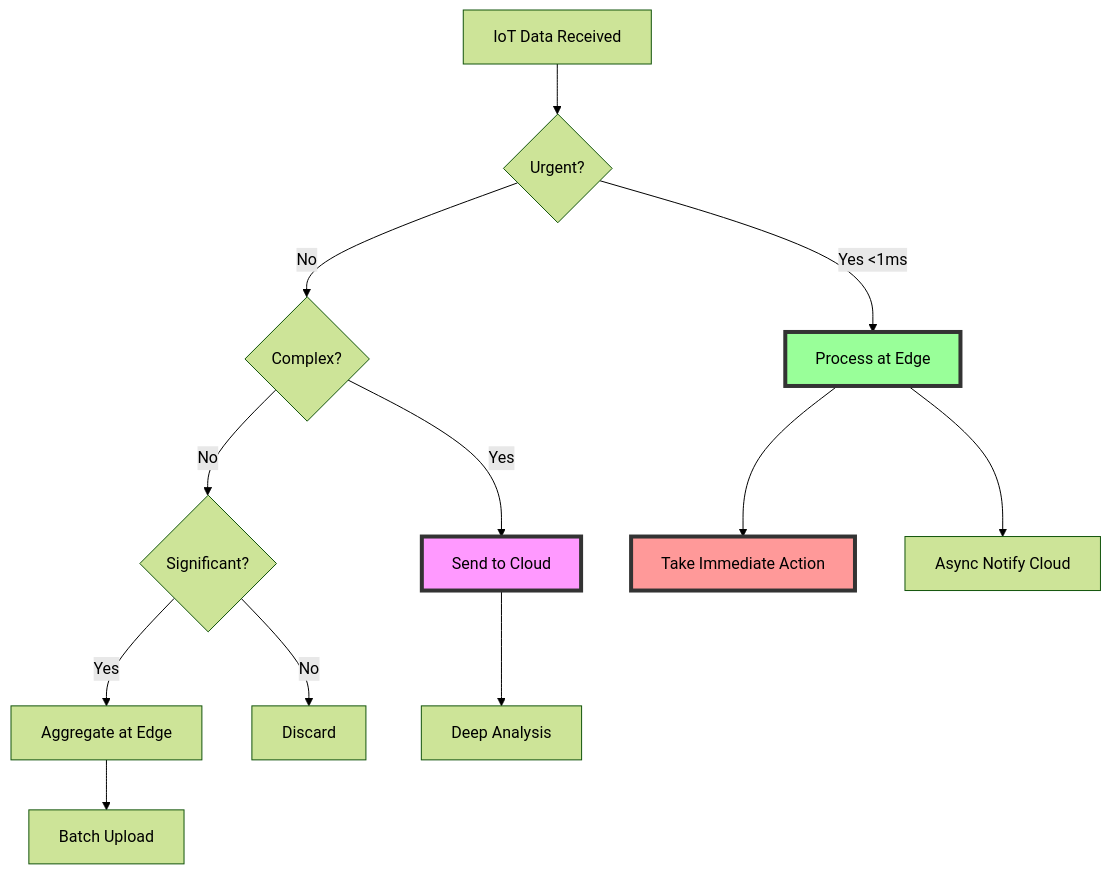
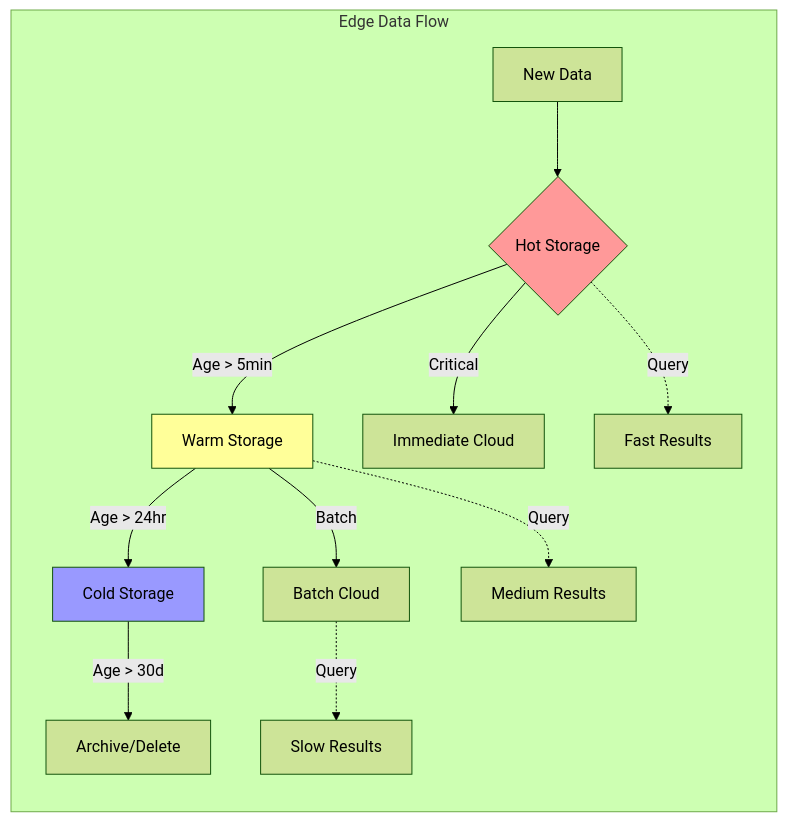
The seventh of 16 diagrams in docs/pattern-library/scaling/edge-computing.md (deepaucksharma/DStudio), drawn with Mermaid (forest theme) before and after one commit. The commit also changed other lines of this file and 12 other files, not shown here.

````diff
--- a/docs/pattern-library/scaling/edge-computing.md
+++ b/docs/pattern-library/scaling/edge-computing.md
@@ -236,24 +322,21 @@
 ```mermaid
-flowchart TD
-    Start[IoT Data Received] --> Urgent{Urgent?}
+graph LR
+    subgraph "Edge Data Flow"
+        New[New Data] --> Hot{Hot Storage}
+        Hot -->|Age > 5min| Warm[Warm Storage]
+        Hot -->|Critical| Cloud1[Immediate Cloud]
+        
+        Warm -->|Age > 24hr| Cold[Cold Storage]
+        Warm -->|Batch| Cloud2[Batch Cloud]
+        
+        Cold -->|Age > 30d| Archive[Archive/Delete]
+        
+        Hot -.->|Query| Results1[Fast Results]
+        Warm -.->|Query| Results2[Medium Results]
+        Cloud2 -.->|Query| Results3[Slow Results]
+    end
     
-    Urgent -->|Yes <1ms| Edge[Process at Edge]
-    Urgent -->|No| Complex{Complex?}
-    
-    Complex -->|Yes| Cloud[Send to Cloud]
-    Complex -->|No| Filter{Significant?}
-    
-    Filter -->|Yes| Aggregate[Aggregate at Edge]
-    Filter -->|No| Discard[Discard]
-    
-    Edge --> Action[Take Immediate Action]
-    Edge --> Notify[Async Notify Cloud]
-    
-    Aggregate --> Batch[Batch Upload]
-    
-    Cloud --> DeepAnalysis[Deep Analysis]
-    
-    style Edge fill:#9f9,stroke:#333,stroke-width:4px
-    style Cloud fill:#f9f,stroke:#333,stroke-width:4px
-    style Action fill:#f99,stroke:#333,stroke-width:4px
+    style Hot fill:#f99
+    style Warm fill:#ff9
+    style Cold fill:#99f
 ```
````
